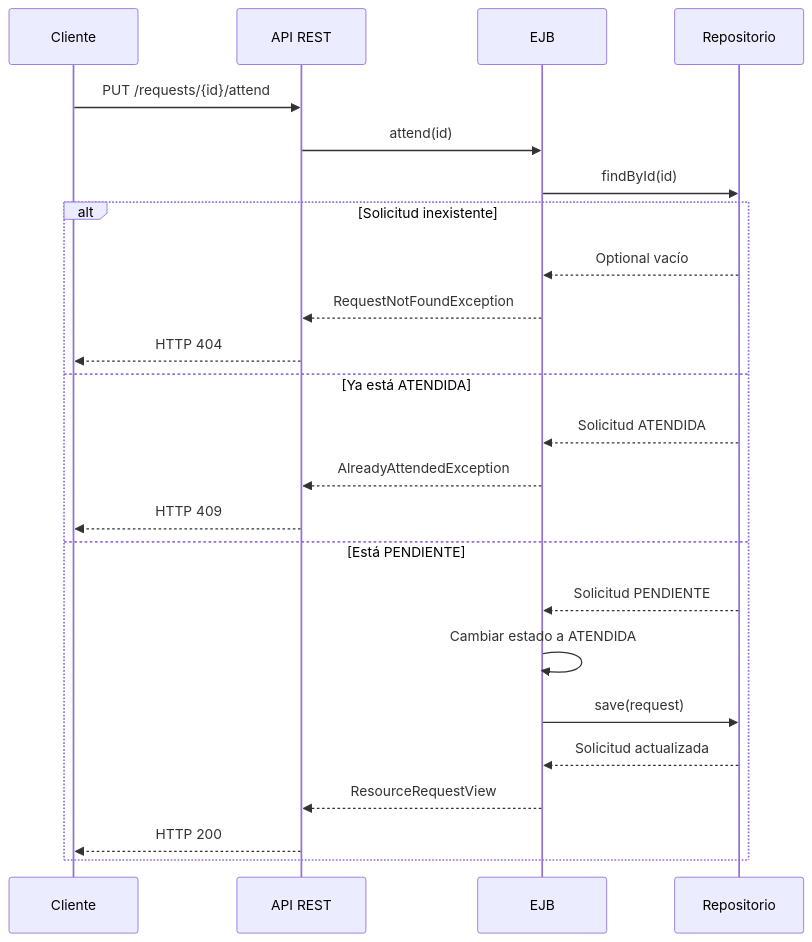
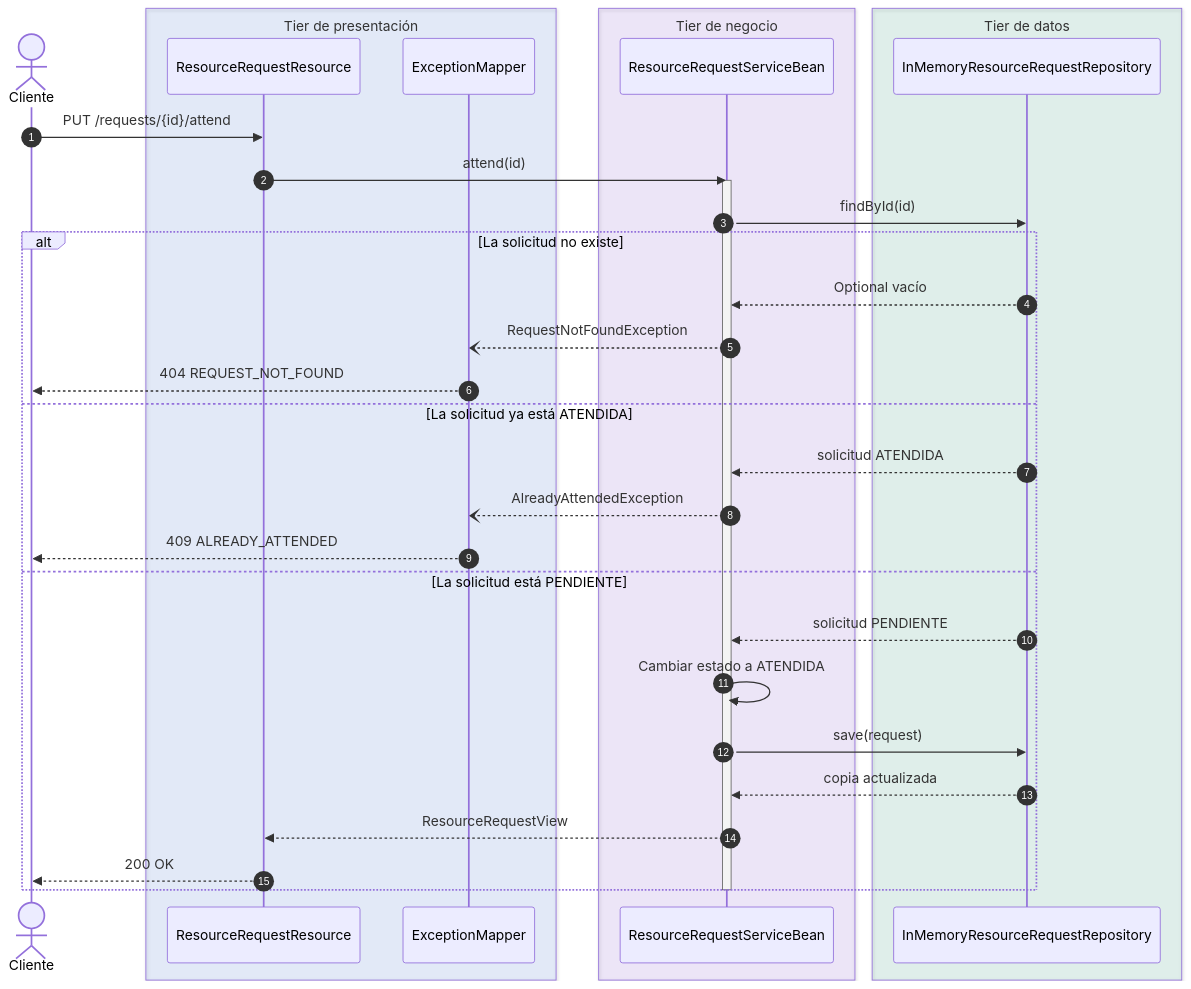
One commit to andreMD287/JEE-Negocio changed the fifth of 9 diagrams in docs/arquitectura.md. Above: the diagram before and after it, drawn with Mermaid. The commit also changed other lines of this file and 1 other file, not shown here.

First line of the commit message:
Documentación: diagramas rediseñados y redacción formal

````diff
--- a/docs/arquitectura.md
+++ b/docs/arquitectura.md
@@ -266,28 +307,38 @@
 ```mermaid
 sequenceDiagram
-    participant C as Cliente
-    participant A as API REST
-    participant E as EJB
-    participant R as Repositorio
+    autonumber
+    actor C as Cliente
+    box rgba(37,99,235,0.10) Tier de presentación
+        participant API as ResourceRequestResource
+        participant MAP as ExceptionMapper
+    end
+    box rgba(124,58,237,0.10) Tier de negocio
+        participant EJB as ResourceRequestServiceBean
+    end
+    box rgba(5,150,105,0.10) Tier de datos
+        participant REP as InMemoryResourceRequestRepository
+    end
 
-    C->>A: PUT /requests/{id}/attend
-    A->>E: attend(id)
-    E->>R: findById(id)
+    C->>API: PUT /requests/{id}/attend
+    API->>EJB: attend(id)
+    activate EJB
+    EJB->>REP: findById(id)
 
-    alt Solicitud inexistente
-        R-->>E: Optional vacío
-        E-->>A: RequestNotFoundException
-        A-->>C: HTTP 404
-    else Ya está ATENDIDA
-        R-->>E: Solicitud ATENDIDA
-        E-->>A: AlreadyAttendedException
-        A-->>C: HTTP 409
-    else Está PENDIENTE
-        R-->>E: Solicitud PENDIENTE
-        E->>E: Cambiar estado a ATENDIDA
-        E->>R: save(request)
-        R-->>E: Solicitud actualizada
-        E-->>A: ResourceRequestView
-        A-->>C: HTTP 200
+    alt La solicitud no existe
+        REP-->>EJB: Optional vacío
+        EJB--)MAP: RequestNotFoundException
+        MAP-->>C: 404 REQUEST_NOT_FOUND
+    else La solicitud ya está ATENDIDA
+        REP-->>EJB: solicitud ATENDIDA
+        EJB--)MAP: AlreadyAttendedException
+        MAP-->>C: 409 ALREADY_ATTENDED
+    else La solicitud está PENDIENTE
+        REP-->>EJB: solicitud PENDIENTE
+        EJB->>EJB: Cambiar estado a ATENDIDA
+        EJB->>REP: save(request)
+        REP-->>EJB: copia actualizada
+        EJB-->>API: ResourceRequestView
+        API-->>C: 200 OK
     end
+    deactivate EJB
 ```
````
